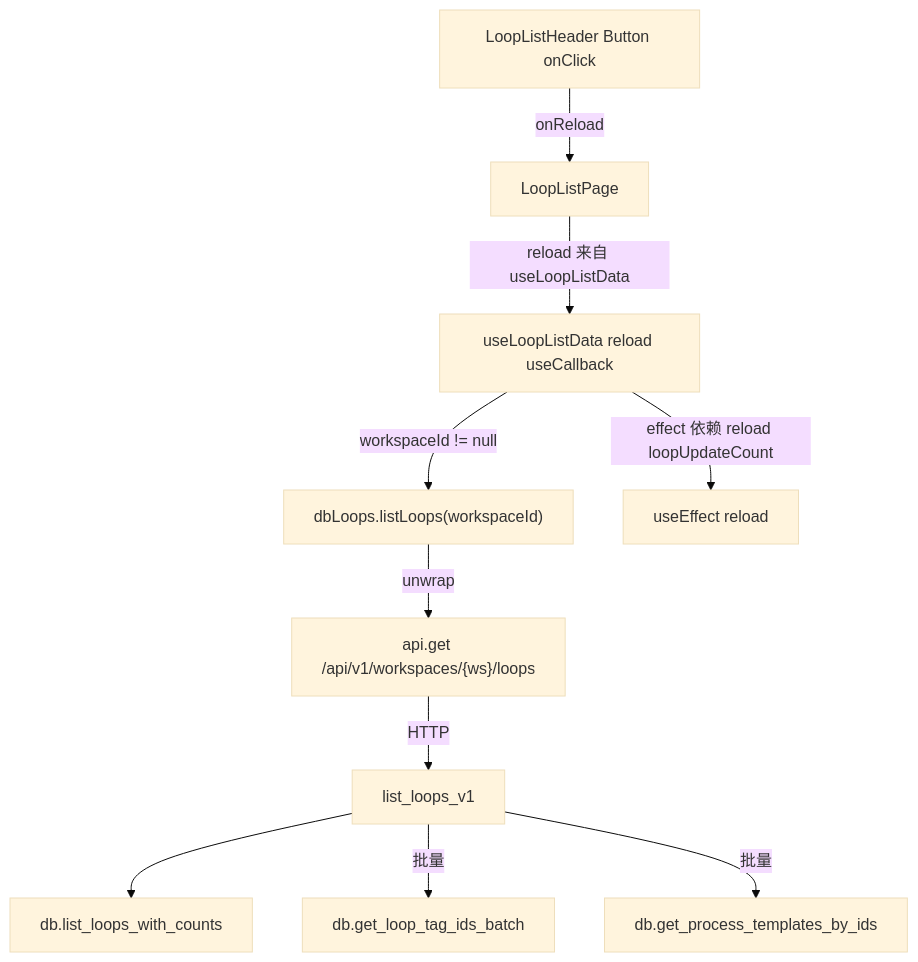
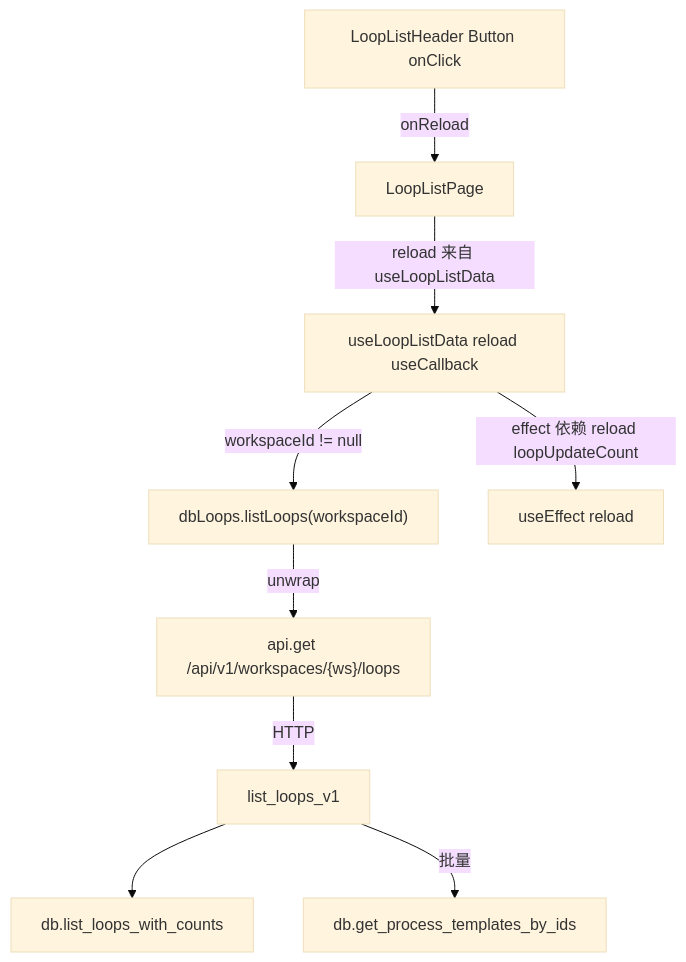
The second of 4 diagrams in frontend/src/help/pages/loop-list-refresh.md (weibaohui/ntd), drawn with Mermaid (base theme) before and after one commit. The commit also changed other lines of this file and 92 other files, not shown here.

````diff
--- a/frontend/src/help/pages/loop-list-refresh.md
+++ b/frontend/src/help/pages/loop-list-refresh.md
@@ -27,12 +27,11 @@
 ```mermaid
 flowchart TD
   Header["LoopListHeader Button onClick"] -->|"onReload"| LLP["LoopListPage"]
   LLP -->|"reload 来自 useLoopListData"| LD["useLoopListData reload useCallback"]
   LD -->|"workspaceId != null"| DBL["dbLoops.listLoops(workspaceId)"]
   DBL -->|"unwrap"| API["api.get /api/v1/workspaces/{ws}/loops"]
   API -->|"HTTP"| H1["list_loops_v1"]
   H1 --> DAO["db.list_loops_with_counts"]
-  H1 -->|"批量"| TAG["db.get_loop_tag_ids_batch"]
   H1 -->|"批量"| TPL["db.get_process_templates_by_ids"]
   LD -->|"effect 依赖 reload loopUpdateCount"| UE["useEffect reload"]
 ```
````
